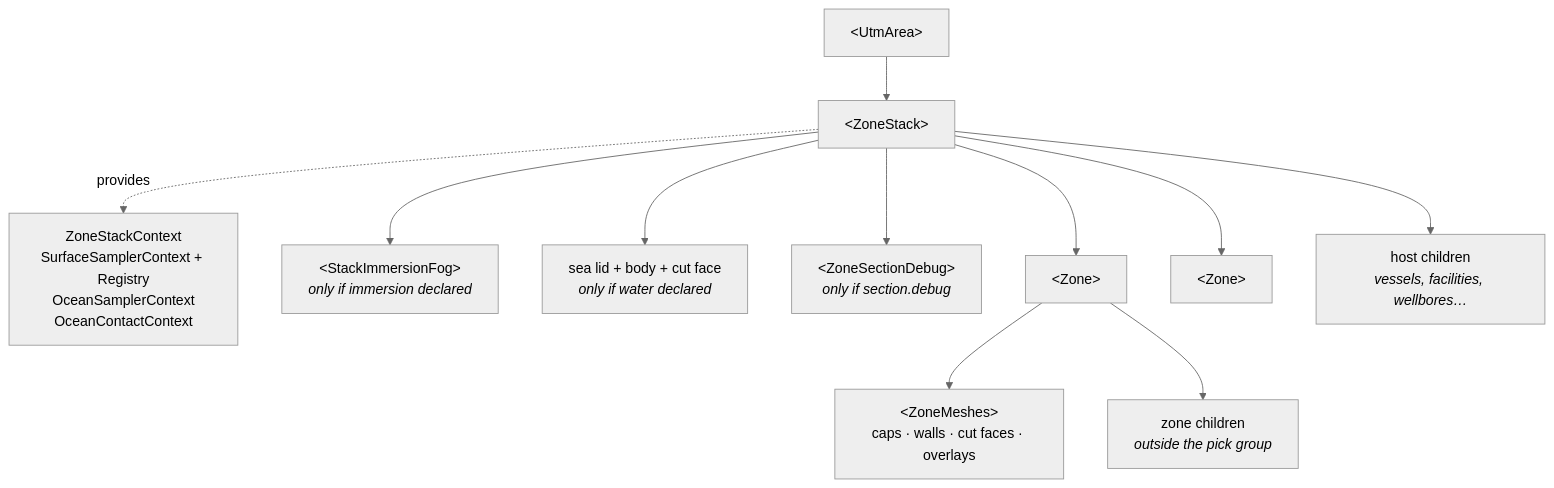
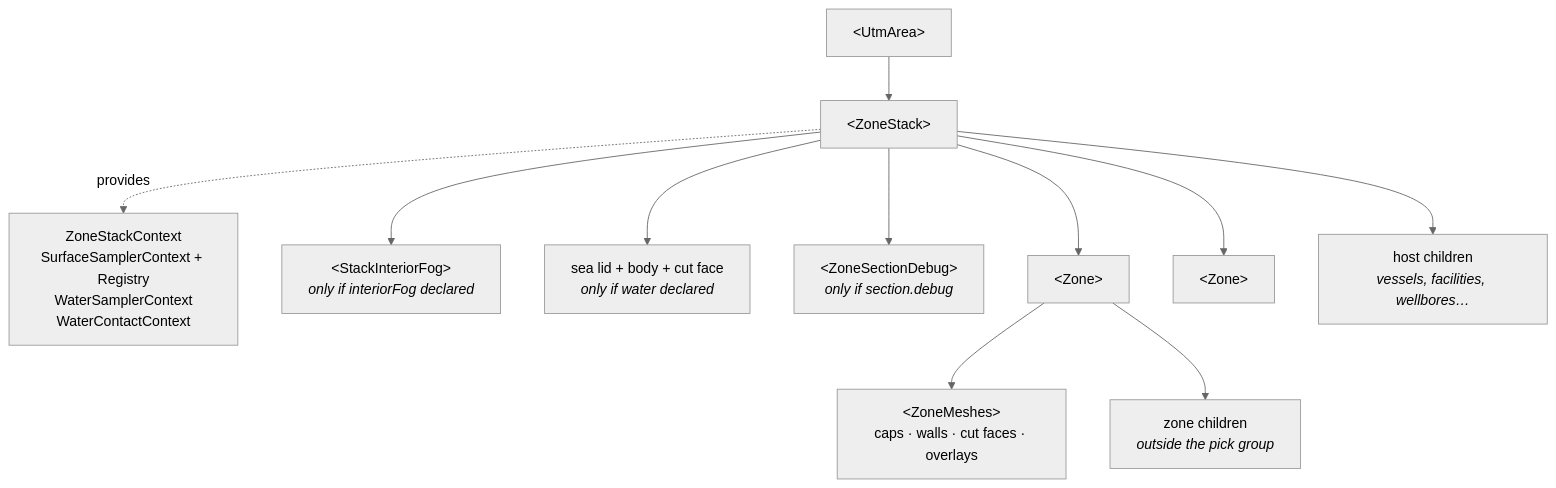
The second of 2 diagrams in documents/zone-stack/architecture.md (equinor/videx-3d), drawn with Mermaid (neutral theme) before and after one commit. The commit also changed other lines of this file and 336 other files, not shown here.

Commit message:
feat: rename Ocean to Water (Ocean names deprecated), add Scenery.sky and VoidBackground, rework the stories

````diff
--- a/documents/zone-stack/architecture.md
+++ b/documents/zone-stack/architecture.md
@@ -55,13 +55,13 @@
 ```mermaid
 flowchart TD
   UA["&lt;UtmArea&gt;"] --> CS["&lt;ZoneStack&gt;"]
-  CS -.provides.-> CTX["ZoneStackContext<br/>SurfaceSamplerContext + Registry<br/>OceanSamplerContext<br/>OceanContactContext"]
-  CS --> FOG["&lt;StackImmersionFog&gt;<br/><i>only if immersion declared</i>"]
+  CS -.provides.-> CTX["ZoneStackContext<br/>SurfaceSamplerContext + Registry<br/>WaterSamplerContext<br/>WaterContactContext"]
+  CS --> FOG["&lt;StackInteriorFog&gt;<br/><i>only if interiorFog declared</i>"]
   CS --> SEA["sea lid + body + cut face<br/><i>only if water declared</i>"]
   CS --> DBG["&lt;ZoneSectionDebug&gt;<br/><i>only if section.debug</i>"]
   CS --> CH1["&lt;Zone&gt;"]
   CS --> CH2["&lt;Zone&gt;"]
   CS --> HOST["host children<br/><i>vessels, facilities, wellbores…</i>"]
   CH1 --> CM["&lt;ZoneMeshes&gt;<br/>caps · walls · cut faces · overlays"]
   CH1 --> KIDS["zone children<br/><i>outside the pick group</i>"]
 ```
````
